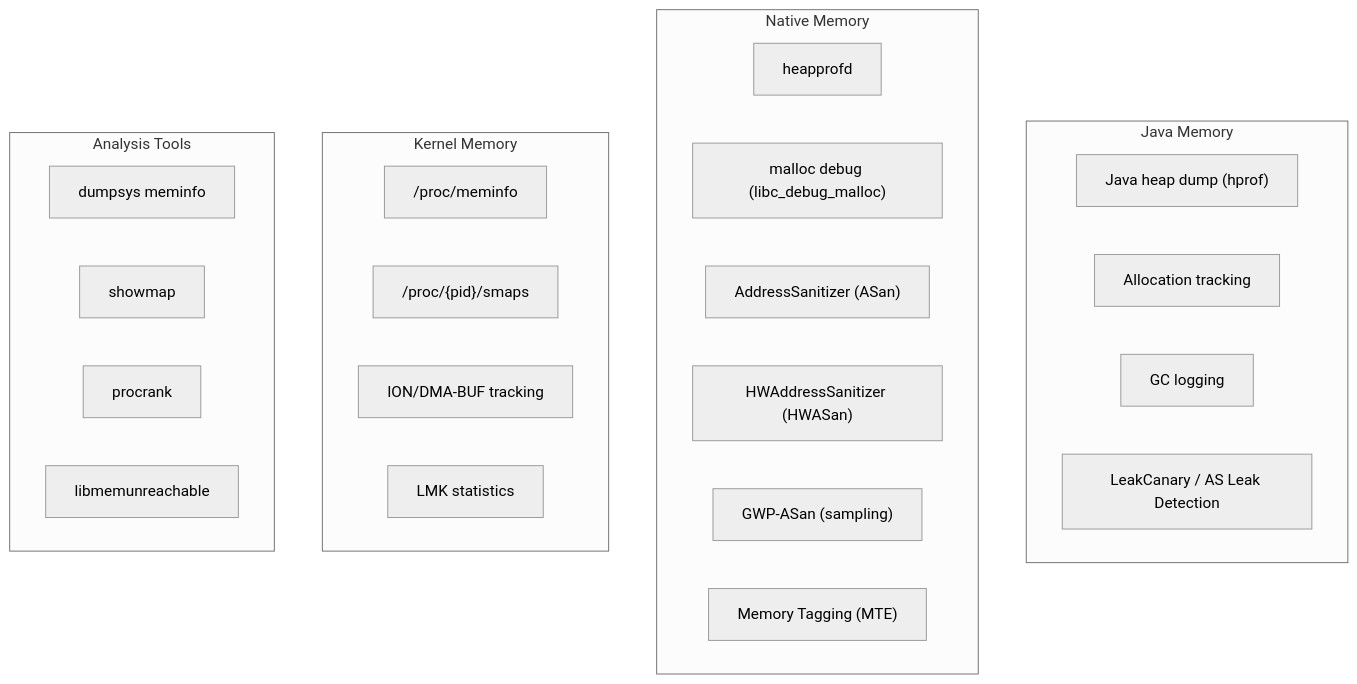
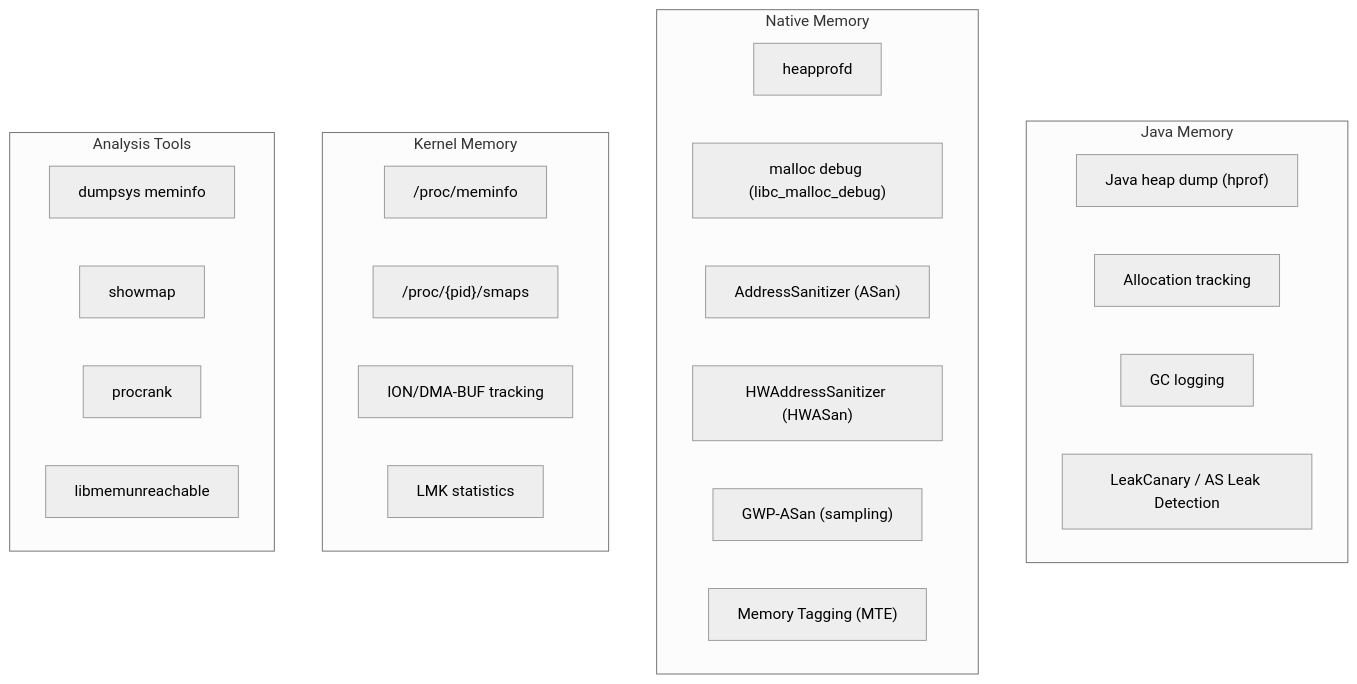
Diagram 28 of 38 in agents/claude/skills/aosp-infrastructure/58-debugging-tools.md (aospbooks/aosp-internal-book), drawn with Mermaid (neutral theme) before and after one commit. The commit also changed other lines of this file and 218 other files, not shown here.

````diff
--- a/agents/claude/skills/aosp-infrastructure/58-debugging-tools.md
+++ b/agents/claude/skills/aosp-infrastructure/58-debugging-tools.md
@@ -3469,32 +3499,32 @@
 ```mermaid
 graph TB
     subgraph "Java Memory"
         HPROF["Java heap dump (hprof)"]
         ALLOC["Allocation tracking"]
         GC_LOG["GC logging"]
         LEAK["LeakCanary / AS Leak Detection"]
     end
 
     subgraph "Native Memory"
         HEAPPROFD_M["heapprofd"]
-        MALLOC_DEBUG["malloc debug (libc_debug_malloc)"]
+        MALLOC_DEBUG["malloc debug (libc_malloc_debug)"]
         ASAN["AddressSanitizer (ASan)"]
         HWASAN["HWAddressSanitizer (HWASan)"]
         GWP_ASAN["GWP-ASan (sampling)"]
         MEMTAG["Memory Tagging (MTE)"]
     end
 
     subgraph "Kernel Memory"
         MEMINFO["/proc/meminfo"]
         PROCMEM["/proc/{pid}/smaps"]
         ION["ION/DMA-BUF tracking"]
         LMK["LMK statistics"]
     end
 
     subgraph "Analysis Tools"
         DUMPSYS_MEM["dumpsys meminfo"]
         SHOWMAP["showmap"]
         PROCRANK["procrank"]
         LIBMEMUNREACHABLE["libmemunreachable"]
     end
 ```
````
